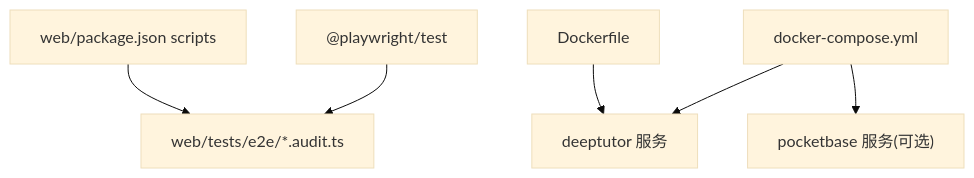
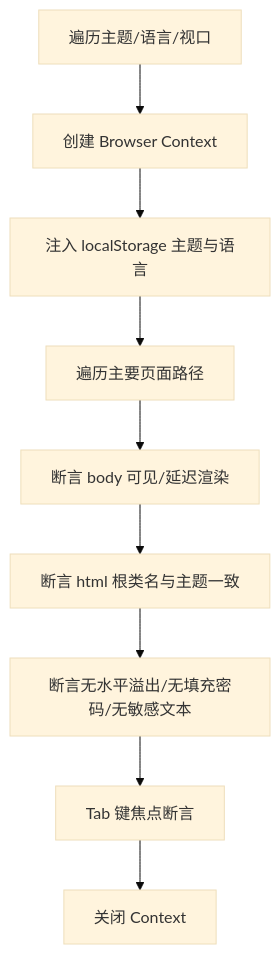
One commit to gongzili456/DeepTutor changed the ninth of 10 diagrams in .qoder/repowiki/zh/content/测试策略/端到端测试.md. Above: the diagram before and after it, drawn with Mermaid (base theme). The commit also changed other lines of this file and 1242 other files, not shown here.

````diff
--- a/.qoder/repowiki/zh/content/测试策略/端到端测试.md
+++ b/.qoder/repowiki/zh/content/测试策略/端到端测试.md
@@ -232,8 +342,11 @@
 ```mermaid
-graph TB
-P["@playwright/test"] --> T["web/tests/e2e/*.audit.ts"]
-S["web/package.json scripts"] --> T
-C["docker-compose.yml"] --> R["deeptutor 服务"]
-C --> O["pocketbase 服务(可选)"]
-D["Dockerfile"] --> R
+flowchart TD
+O["遍历主题/语言/视口"] --> C["创建 Browser Context"]
+C --> S["注入 localStorage 主题与语言"]
+S --> V["遍历主要页面路径"]
+V --> D["断言 body 可见/延迟渲染"]
+D --> CL["断言 html 根类名与主题一致"]
+CL --> L["断言无水平溢出/无填充密码/无敏感文本"]
+L --> F["Tab 键焦点断言"]
+F --> X["关闭 Context"]
 ```
````
